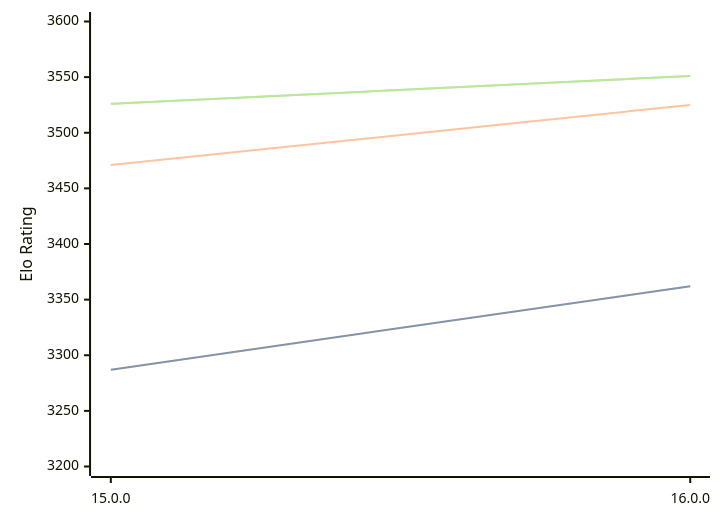
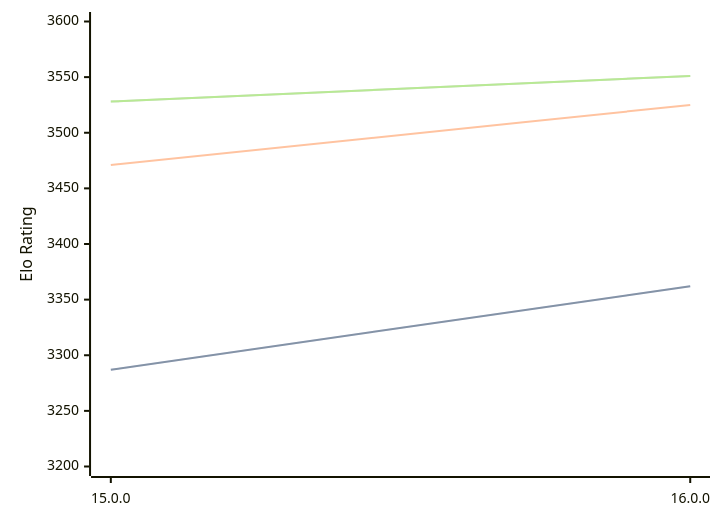
Before and after one commit to computer-chess-index/cci: the diagram in engines/Halogen.md, drawn with Mermaid. The commit also changed other lines of this file, not shown here.

Commit message:
Update CCI Ratings (ELO VLTC) - 2026-08-28

````diff
--- a/engines/Halogen.md
+++ b/engines/Halogen.md
@@ -32,11 +32,11 @@
 ```mermaid
 %%{init: {"theme":"base","themeVariables":{"seriesColors:['#a3a3a3','#222221','#faa371']}}}%%
 xychart-beta
   x-axis ["15.0.0", "16.0.0"]
   y-axis "Elo Rating" 3200 --> 3600
   line "" [3287, 3362]
   line "STC (8.0+0.08s)" [3287, 3362]
   line "LTC (60.0+0.60s)" [3471, 3525]
-  line "" [3526, 3551]
-  line "VLTC (2m24s+1.12s)" [3526, 3551]
+  line "" [3528, 3551]
+  line "VLTC (2m24s+1.12s)" [3528, 3551]
 ```
````
